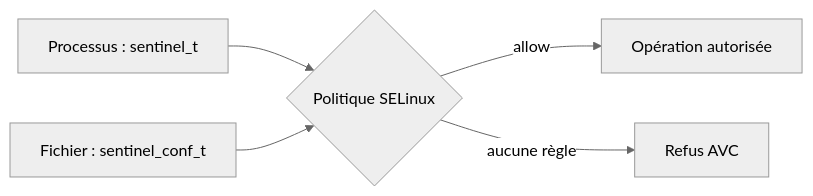
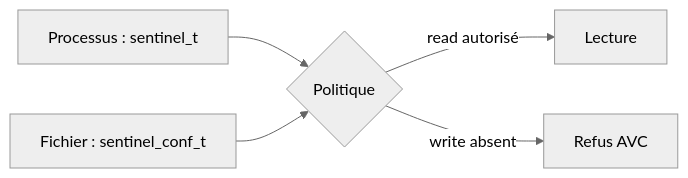
One commit to tdelaclos/formations changed the first of 2 diagrams in sentinel/docs/campagne_06/6.2-contextes-selinux.md. Above: the diagram before and after it, drawn with Mermaid (neutral theme). The commit also changed other lines of this file and 5 other files, not shown here.

````diff
--- a/sentinel/docs/campagne_06/6.2-contextes-selinux.md
+++ b/sentinel/docs/campagne_06/6.2-contextes-selinux.md
@@ -205,7 +74,7 @@
 ```mermaid
 flowchart LR
-    Process["Processus : sentinel_t"] --> Policy{"Politique SELinux"}
-    File["Fichier : sentinel_conf_t"] --> Policy
-    Policy -->|allow| Access["Opération autorisée"]
-    Policy -->|aucune règle| AVC["Refus AVC"]
+    Process["Processus : sentinel_t"] --> Decision{"Politique"}
+    Config["Fichier : sentinel_conf_t"] --> Decision
+    Decision -->|read autorisé| Access["Lecture"]
+    Decision -->|write absent| AVC["Refus AVC"]
 ```
````
